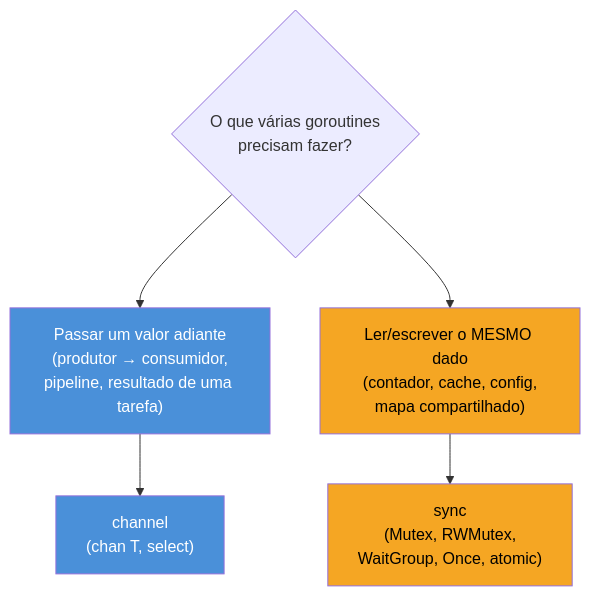
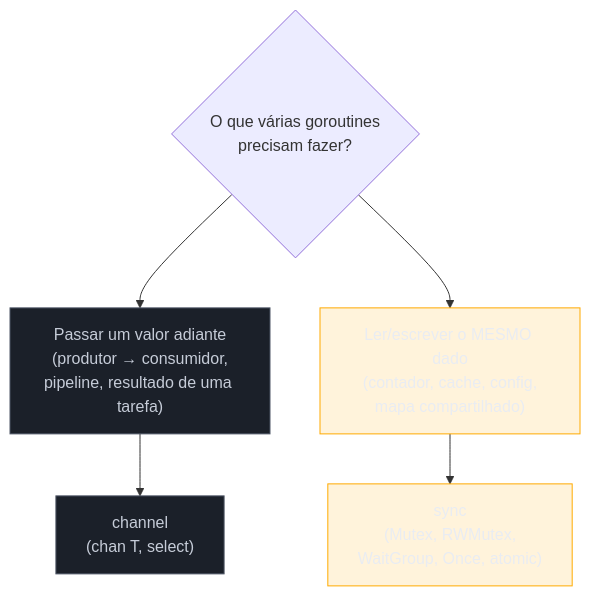
One commit to josenaldo/codex-technomanticus changed the diagram in 03-Dominios/Tecnologia/Go/09 - Sincronização e context/01 - Quando channels não bastam — o pacote sync.md. Above: the diagram before and after it, drawn with Mermaid. The commit also changed 1181 other files, not shown here.

First line of the commit message:
fix(diagramas): paleta do sistema no lugar de cor cravada no markdown

````diff
--- a/03-Dominios/Tecnologia/Go/09 - Sincronização e context/01 - Quando channels não bastam — o pacote sync.md
+++ b/03-Dominios/Tecnologia/Go/09 - Sincronização e context/01 - Quando channels não bastam — o pacote sync.md
@@ -60,13 +60,15 @@
 ```mermaid
 flowchart TD
+    classDef neutro fill:#1B2029,stroke:#4E5666,color:#C6CCD8
+    classDef destaque fill:#FFAA0024,stroke:#FFAA00,color:#E9ECF2
     Q{"O que várias goroutines\nprecisam fazer?"} --> A["Passar um valor adiante\n(produtor → consumidor,\npipeline, resultado de uma tarefa)"]
     Q --> B["Ler/escrever o MESMO dado\n(contador, cache, config,\nmapa compartilhado)"]
 
     A --> C["channel\n(chan T, select)"]
     B --> D["sync\n(Mutex, RWMutex,\nWaitGroup, Once, atomic)"]
 
-    style A fill:#4A90D9,color:#fff
-    style B fill:#F5A623,color:#000
-    style C fill:#4A90D9,color:#fff
-    style D fill:#F5A623,color:#000
+    class A neutro
+    class B destaque
+    class C neutro
+    class D destaque
 ```
````
